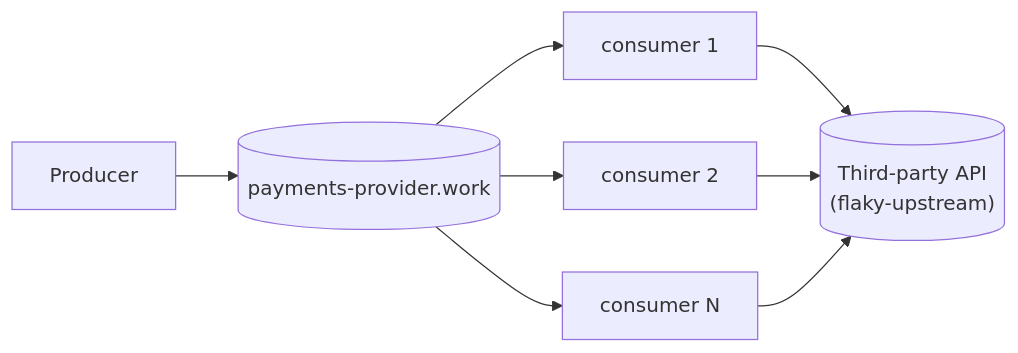
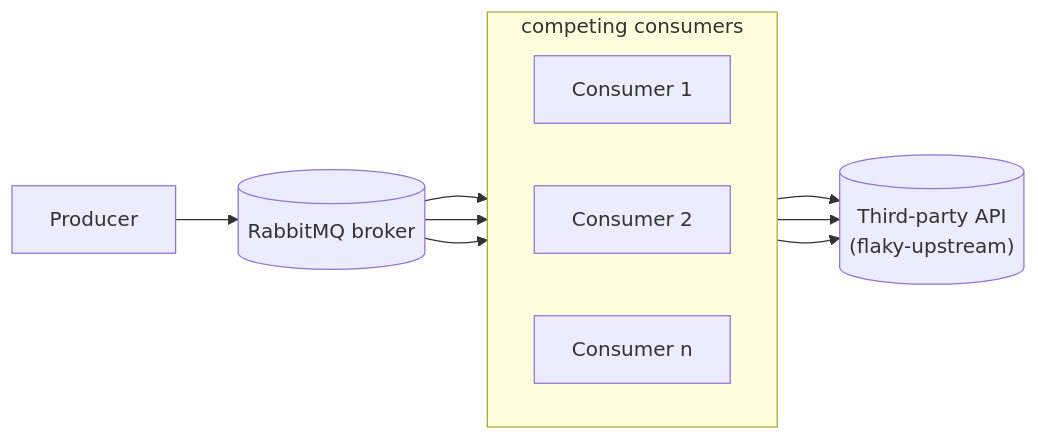
The diagram in README.md (lsfera/circuit-breaker-unboxing), drawn with Mermaid before and after one commit. The commit also changed other lines of this file, not shown here.

Commit message:
Adjust consumer diagram labels

````diff
--- a/README.md
+++ b/README.md
@@ -22,10 +22,19 @@
 ```mermaid
 flowchart LR
-  producer["Producer"] --> queue[("payments-provider.work")]
-  queue --> c1["consumer 1"]
-  queue --> c2["consumer 2"]
-  queue --> c3["consumer N"]
+  producer["Producer"] --> queue[("RabbitMQ broker")]
+
+  subgraph competing_consumers["competing consumers"]
+    direction LR
+    c1["Consumer 1"]
+    c2["Consumer 2"]
+    c3["Consumer n"]
+  end
+
+  queue --> c1
+  queue --> c2
+  queue --> c3
+
   c1 --> api[("Third-party API\n(flaky-upstream)")]
   c2 --> api
   c3 --> api
 ```
````
